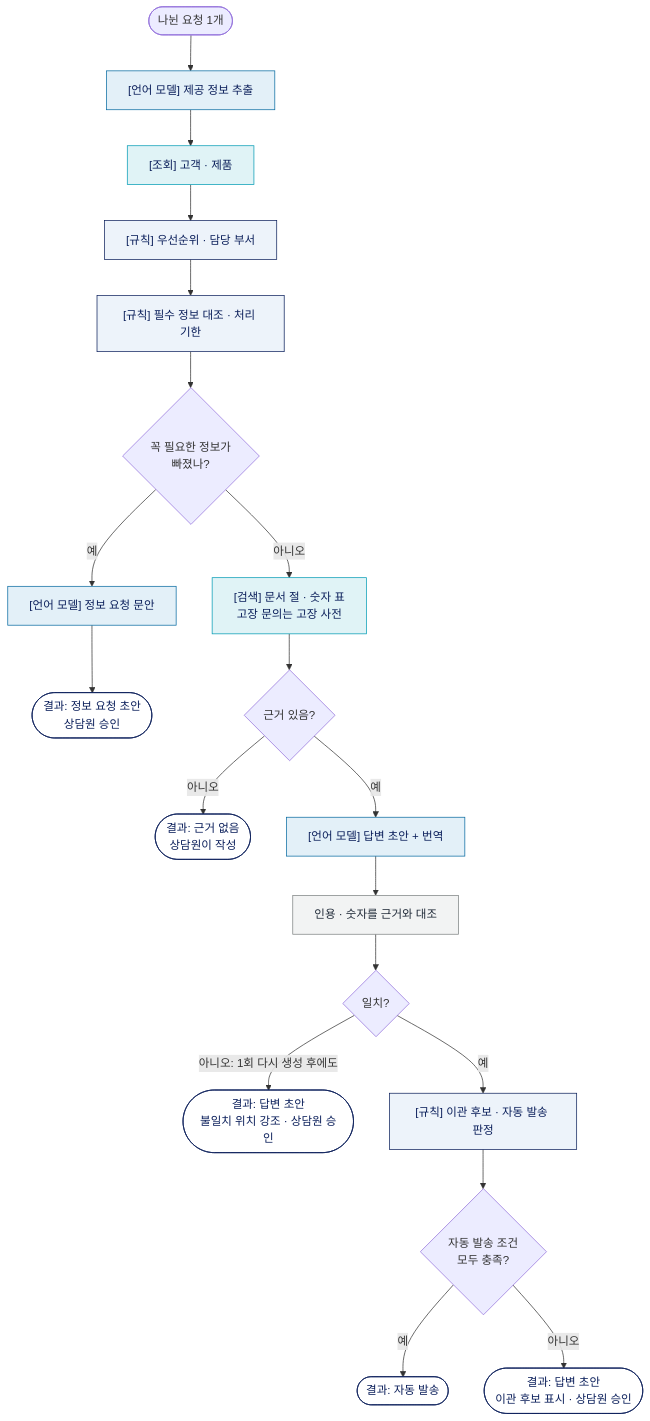
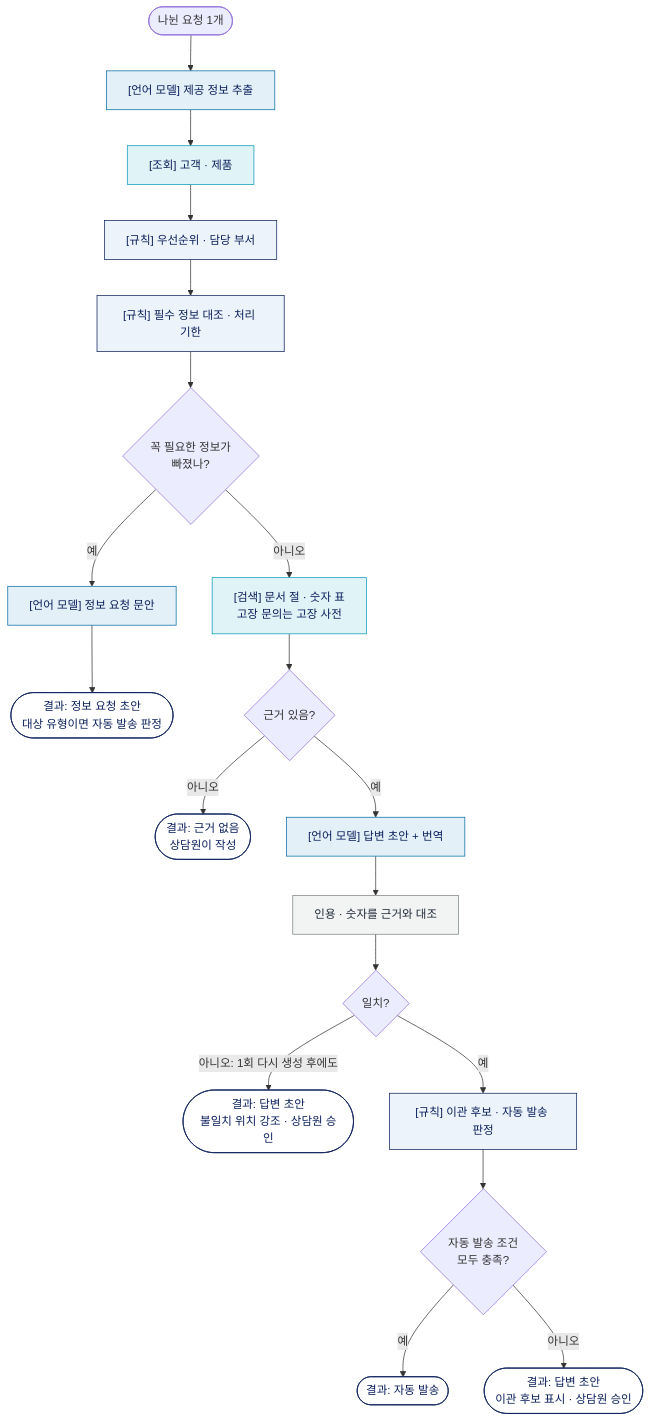
One commit to SongjuNa/cs-agent-service changed the third of 3 diagrams in docs/planning/project-plan.md. Above: the diagram before and after it, drawn with Mermaid. The commit also changed other lines of this file and 3 other files, not shown here.

````diff
--- a/docs/planning/project-plan.md
+++ b/docs/planning/project-plan.md
@@ -448,32 +456,32 @@
 ```mermaid
 flowchart TD
     IN(["나뉜 요청 1개"]) --> Q1["[언어 모델] 제공 정보 추출"]
     Q1 --> Q2["[조회] 고객 · 제품"]
     Q2 --> Q3["[규칙] 우선순위 · 담당 부서"]
     Q3 --> Q5["[규칙] 필수 정보 대조 · 처리 기한"]
     Q5 --> B1{"꼭 필요한 정보가<br/>빠졌나?"}
     B1 -- "예" --> Q7["[언어 모델] 정보 요청 문안"]
-    Q7 --> O1(["결과: 정보 요청 초안<br/>상담원 승인"])
+    Q7 --> O1(["결과: 정보 요청 초안<br/>대상 유형이면 자동 발송 판정"])
     B1 -- "아니오" --> Q8["[검색] 문서 절 · 숫자 표<br/>고장 문의는 고장 사전"]
     Q8 --> B2{"근거 있음?"}
     B2 -- "아니오" --> O2(["결과: 근거 없음<br/>상담원이 작성"])
     B2 -- "예" --> Q10["[언어 모델] 답변 초안 + 번역"]
     Q10 --> Q11["인용 · 숫자를 근거와 대조"]
     Q11 --> B3{"일치?"}
     B3 -- "아니오: 1회 다시 생성 후에도" --> O4(["결과: 답변 초안<br/>불일치 위치 강조 · 상담원 승인"])
     B3 -- "예" --> Q12["[규칙] 이관 후보 · 자동 발송 판정"]
     Q12 --> B4{"자동 발송 조건<br/>모두 충족?"}
     B4 -- "예" --> O5(["결과: 자동 발송"])
     B4 -- "아니오" --> O3(["결과: 답변 초안<br/>이관 후보 표시 · 상담원 승인"])
 
     classDef llm fill:#E3F0F8,stroke:#0569A0,color:#0A1E5A
     classDef rule fill:#EDF3FA,stroke:#0A1E5A,color:#0A1E5A
     classDef tool fill:#E0F3F6,stroke:#009BB4,color:#0A1E5A
     classDef backend fill:#F2F3F3,stroke:#7D8282,color:#1F2937
     classDef endnode fill:#FFFFFF,stroke:#0A1E5A,color:#0A1E5A
     class Q1,Q7,Q10 llm
     class Q3,Q5,Q12 rule
     class Q2,Q8 tool
     class Q11 backend
     class O1,O2,O3,O4,O5 endnode
 ```
````
